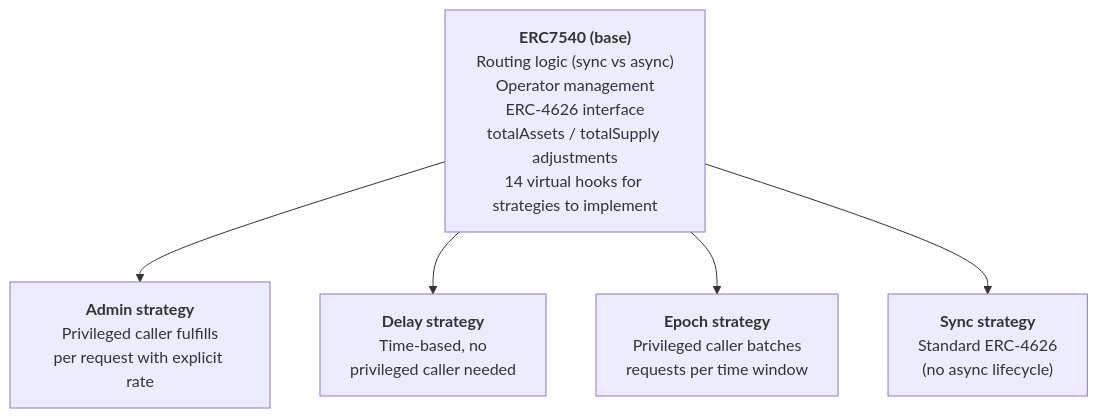
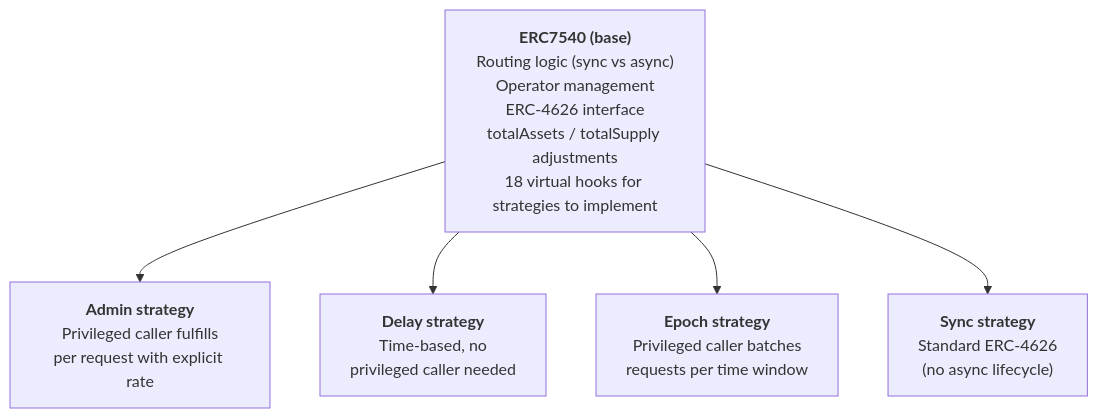
One commit to OpenZeppelin/openzeppelin-community-contracts changed the second of 5 diagrams in docs/modules/ROOT/pages/erc7540.adoc. Above: the diagram before and after it, drawn with Mermaid. The commit also changed other lines of this file and 16 other files, not shown here.

First line of the commit message:
ERC7540: account fulfilled-but-unclaimed requests as settled in totalAssets/totalSupply

````diff
--- a/docs/modules/ROOT/pages/erc7540.adoc
+++ b/docs/modules/ROOT/pages/erc7540.adoc
@@ -59,8 +59,8 @@
 ```mermaid
 flowchart TD
-    Base["<b>ERC7540 (base)</b><br/>Routing logic (sync vs async)<br/>Operator management<br/>ERC-4626 interface<br/>totalAssets / totalSupply adjustments<br/>14 virtual hooks for strategies to implement"]
+    Base["<b>ERC7540 (base)</b><br/>Routing logic (sync vs async)<br/>Operator management<br/>ERC-4626 interface<br/>totalAssets / totalSupply adjustments<br/>18 virtual hooks for strategies to implement"]
     Base --> Admin["<b>Admin strategy</b><br/>Privileged caller fulfills<br/>per request with explicit rate"]
     Base --> Delay["<b>Delay strategy</b><br/>Time-based, no<br/>privileged caller needed"]
     Base --> Epoch["<b>Epoch strategy</b><br/>Privileged caller batches<br/>requests per time window"]
     Base --> Sync["<b>Sync strategy</b><br/>Standard ERC-4626<br/>(no async lifecycle)"]
 ```
````
